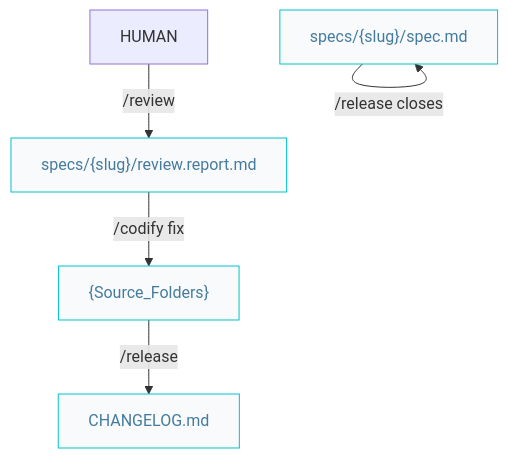
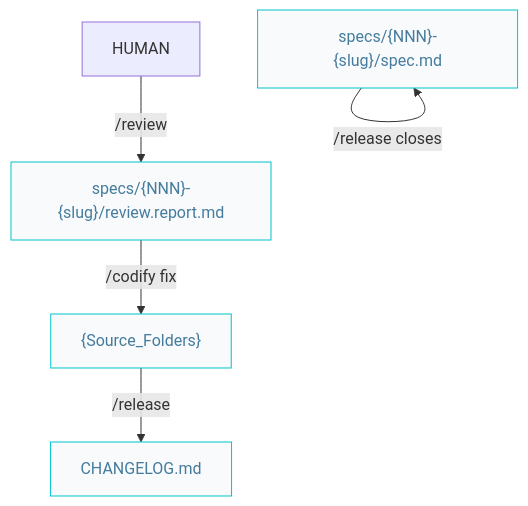
The third of 3 diagrams in docs/pipelines.md (AIDDbot/AIDDbot), drawn with Mermaid before and after one commit. The commit also changed other lines of this file and 19 other files, not shown here.

````diff
--- a/docs/pipelines.md
+++ b/docs/pipelines.md
@@ -92,15 +92,15 @@
 ```mermaid
 flowchart TD  
   HUM[HUMAN]
   COD["{Source_Folders}"]:::nd
-  RVR["specs/{slug}/review.report.md"]:::nd
-  SPC["specs/{slug}/spec.md"]:::nd
+  RVR["specs/{NNN}-{slug}/review.report.md"]:::nd
+  SPC["specs/{NNN}-{slug}/spec.md"]:::nd
   CHL["CHANGELOG.md"]:::nd
   
   HUM -->|/review| RVR
   RVR -->|/codify fix| COD
   COD -->|/release| CHL
   SPC -->|/release closes| SPC
 
   classDef nd fill:#f8fafc,stroke:#00c4cc,color:#457b9d
 ```
````
